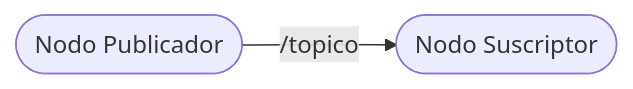
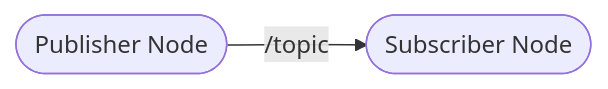
One commit to d3im3r/ros2-for-control-dc-motor-system changed the first of 3 diagrams in docs/guides/Inteligente_guia0.md. Above: the diagram before and after it, drawn with Mermaid. The commit also changed other lines of this file and 10 other files, not shown here.

````diff
--- a/docs/guides/Inteligente_guia0.md
+++ b/docs/guides/Inteligente_guia0.md
@@ -84,4 +84,4 @@
 ```mermaid
 flowchart LR
-    pub([Nodo Publicador]) -->|"/topico"| sub([Nodo Suscriptor])
+    pub([Publisher Node]) -->|"/topic"| sub([Subscriber Node])
 ```
````
